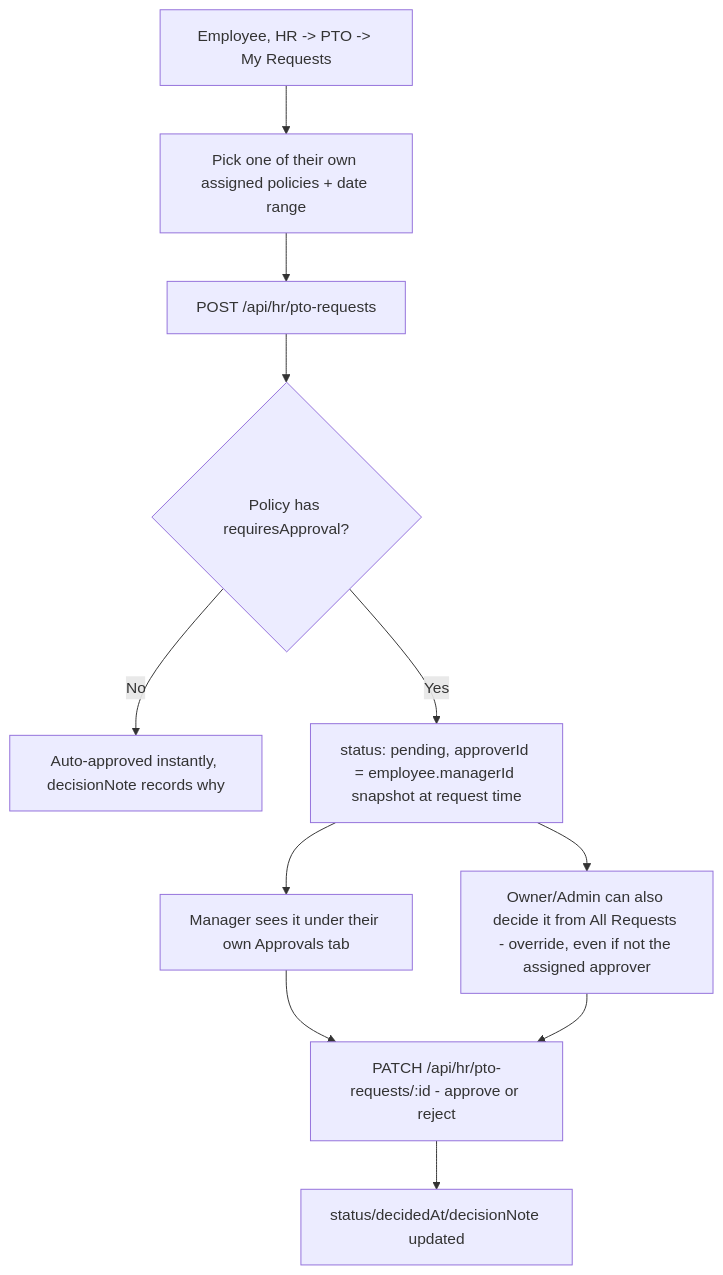
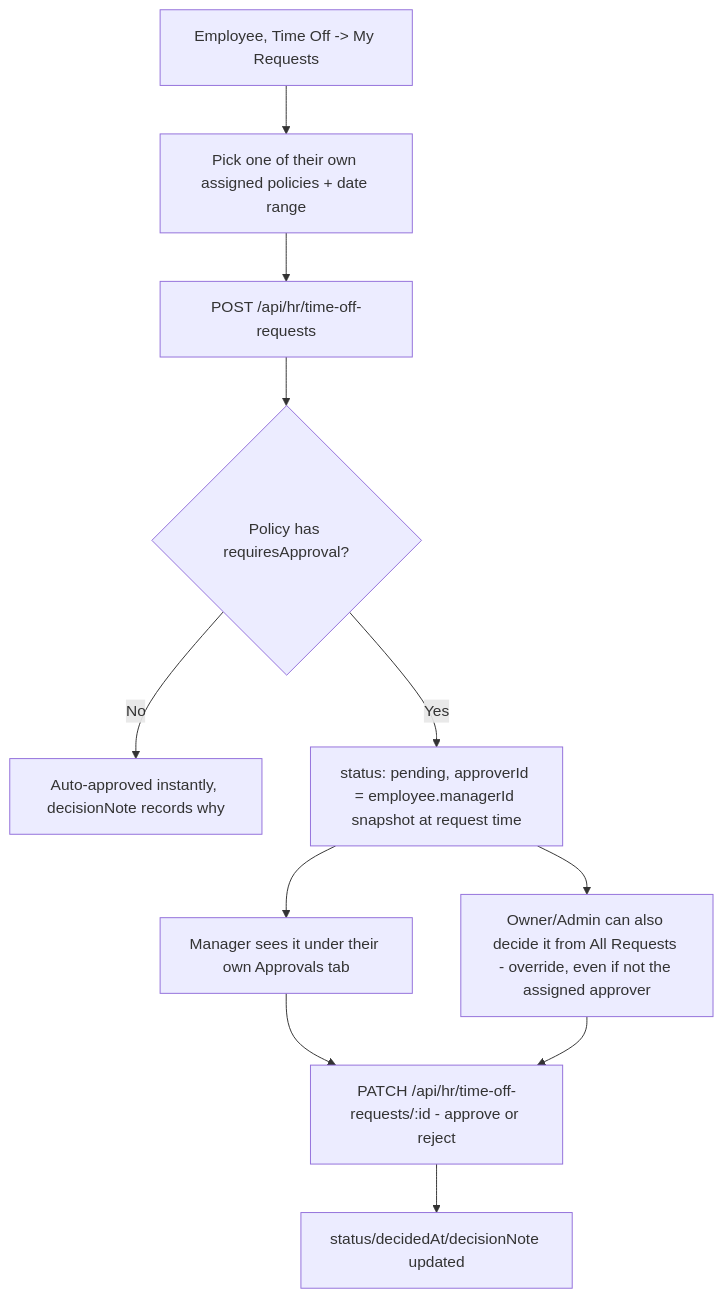
Before and after one commit to ABravo2025/northstack: the ninth of 13 diagrams in docs/current-process-flow.md, drawn with Mermaid. The commit also changed other lines of this file and 5 other files, not shown here.

First line of the commit message:
Update docs, context, process, and DB schema for Clients redesign + router split

````diff
--- a/docs/current-process-flow.md
+++ b/docs/current-process-flow.md
@@ -186,13 +189,13 @@
 ```mermaid
 flowchart TD
-  A[Employee, HR -> PTO -> My Requests] --> B[Pick one of their own assigned policies + date range]
-  B --> C[POST /api/hr/pto-requests]
+  A[Employee, Time Off -> My Requests] --> B[Pick one of their own assigned policies + date range]
+  B --> C[POST /api/hr/time-off-requests]
   C --> D{Policy has requiresApproval?}
   D -->|No| E[Auto-approved instantly, decisionNote records why]
   D -->|Yes| F["status: pending, approverId = employee.managerId snapshot at request time"]
   F --> G[Manager sees it under their own Approvals tab]
-  G --> H[PATCH /api/hr/pto-requests/:id - approve or reject]
+  G --> H[PATCH /api/hr/time-off-requests/:id - approve or reject]
   F --> I[Owner/Admin can also decide it from All Requests - override, even if not the assigned approver]
   I --> H
   H --> J[status/decidedAt/decisionNote updated]
 ```
````
